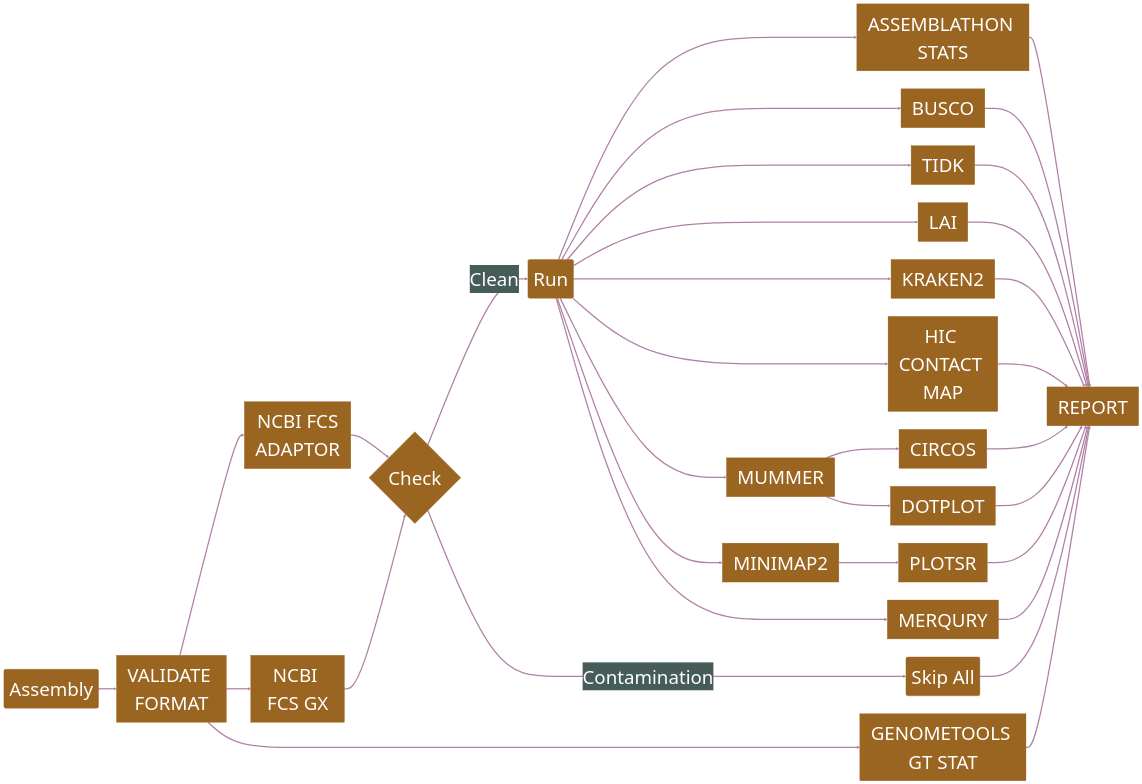
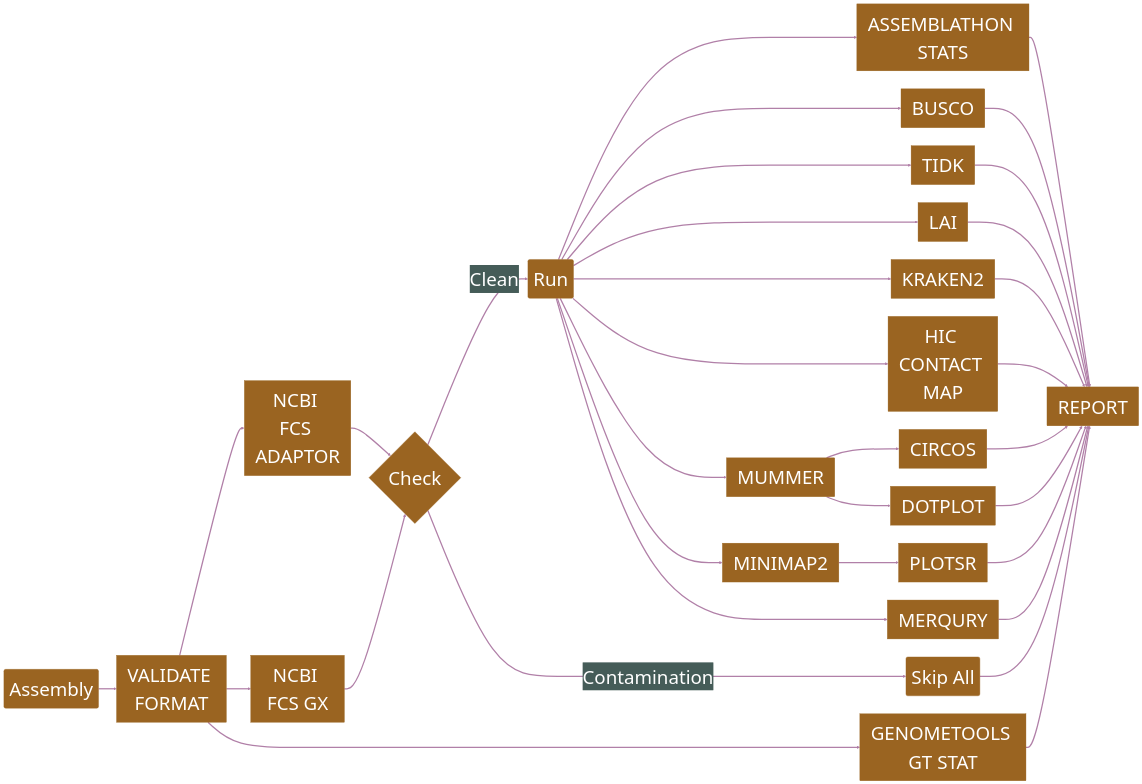
The diagram in README.md (Plant-Food-Research-Open/assemblyqc), drawn with Mermaid before and after one commit.

Commit message:
Fixed flowchart syntax

````diff
--- a/README.md
+++ b/README.md
@@ -17,55 +17,55 @@
 ```mermaid
 %%{init: {
     'theme': 'base',
     'themeVariables': {
     'fontSize': '52px",
     'primaryColor': '#9A6421',
     'primaryTextColor': '#ffffff',
     'primaryBorderColor': '#9A6421',
     'lineColor': '#B180A8',
     'secondaryColor': '#455C58',
     'tertiaryColor': '#ffffff'
   }
 }}%%
 flowchart LR
   forEachTag(Assembly) ==> VALIDATE_FORMAT[VALIDATE FORMAT]
 
-  VALIDATE_FORMAT ==> ncbiFCS[NCBI FCS\nADAPTOR]
+  VALIDATE_FORMAT ==> ncbiFCS[NCBI FCS ADAPTOR]
   ncbiFCS ==> Check{Check}
 
   VALIDATE_FORMAT ==> ncbiGX[NCBI FCS GX]
   ncbiGX ==> Check
   Check ==> |Clean|Run(Run)
 
   Check ==> |Contamination|Skip(Skip All)
   Skip ==> REPORT
 
   VALIDATE_FORMAT ==> GFF_STATS[GENOMETOOLS GT STAT]
 
   Run ==> ASS_STATS[ASSEMBLATHON STATS]
   Run ==> BUSCO
   Run ==> TIDK
   Run ==> LAI
   Run ==> KRAKEN2
   Run ==> HIC_CONTACT_MAP[HIC CONTACT MAP]
   Run ==> MUMMER
   Run ==> MINIMAP2
   Run ==> MERQURY
 
   MUMMER ==> CIRCOS
   MUMMER ==> DOTPLOT
 
   MINIMAP2 ==> PLOTSR
 
   ASS_STATS ==> REPORT
   GFF_STATS ==> REPORT
   BUSCO ==> REPORT
   TIDK ==> REPORT
   LAI ==> REPORT
   KRAKEN2 ==> REPORT
   HIC_CONTACT_MAP ==> REPORT
   CIRCOS ==> REPORT
   DOTPLOT ==> REPORT
   PLOTSR ==> REPORT
   MERQURY ==> REPORT
 ```
````
